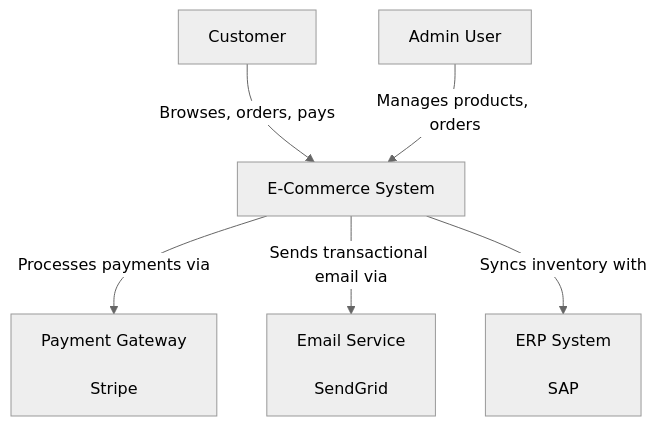
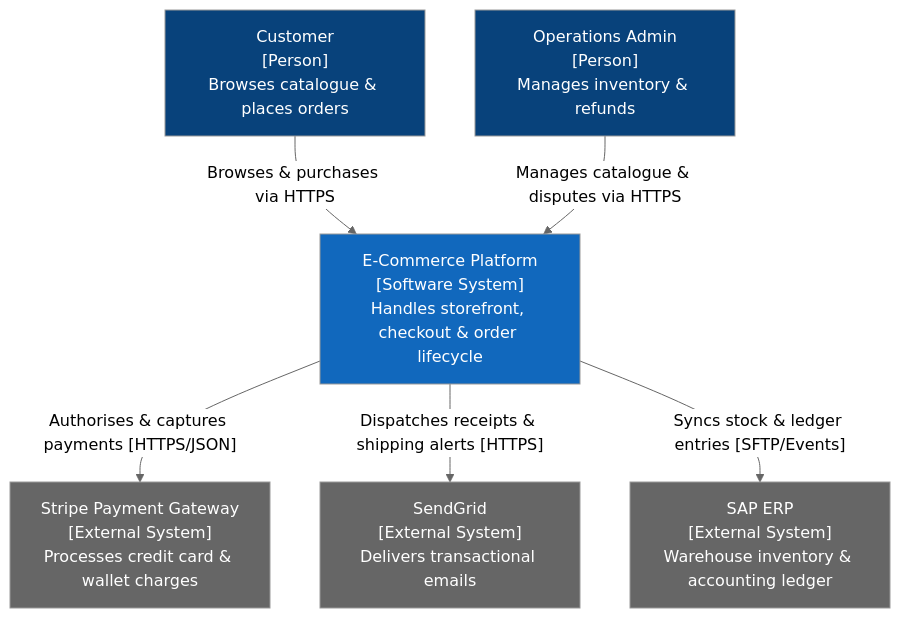
One commit to nitinkc/PrincipalEngineer_InterviewGuide changed the second of 4 diagrams in docs/02.01-c4-model.md. Above: the diagram before and after it, drawn with Mermaid (neutral theme). The commit also changed other lines of this file and 27 other files, not shown here.

````diff
--- a/docs/02.01-c4-model.md
+++ b/docs/02.01-c4-model.md
@@ -55,15 +49,22 @@
 ```mermaid
 graph TD
-    Customer[Customer\n<Person>]
-    Admin[Admin User\n<Person>]
-    ECS["E-Commerce System\n<Your System>"]
-    Payment["Payment Gateway\n<External System>\nStripe"]
-    Email["Email Service\n<External System>\nSendGrid"]
-    ERP["ERP System\n<External System>\nSAP"]
+    Customer["Customer<br/>[Person]<br/>Browses catalogue & places orders"]
+    Admin["Operations Admin<br/>[Person]<br/>Manages inventory & refunds"]
+    ECS["E-Commerce Platform<br/>[Software System]<br/>Handles storefront, checkout & order lifecycle"]
+    Payment["Stripe Payment Gateway<br/>[External System]<br/>Processes credit card & wallet charges"]
+    Email["SendGrid<br/>[External System]<br/>Delivers transactional emails"]
+    ERP["SAP ERP<br/>[External System]<br/>Warehouse inventory & accounting ledger"]
 
-    Customer -->|"Browses, orders, pays"| ECS
-    Admin -->|"Manages products, orders"| ECS
-    ECS -->|"Processes payments via"| Payment
-    ECS -->|"Sends transactional email via"| Email
-    ECS -->|"Syncs inventory with"| ERP
+    Customer -->|"Browses & purchases via HTTPS"| ECS
+    Admin -->|"Manages catalogue & disputes via HTTPS"| ECS
+    ECS -->|"Authorises & captures payments [HTTPS/JSON]"| Payment
+    ECS -->|"Dispatches receipts & shipping alerts [HTTPS]"| Email
+    ECS -->|"Syncs stock & ledger entries [SFTP/Events]"| ERP
+
+    style Customer fill:#08427B,color:#fff
+    style Admin fill:#08427B,color:#fff
+    style ECS fill:#1168BD,color:#fff
+    style Payment fill:#666666,color:#fff
+    style Email fill:#666666,color:#fff
+    style ERP fill:#666666,color:#fff
 ```
````
